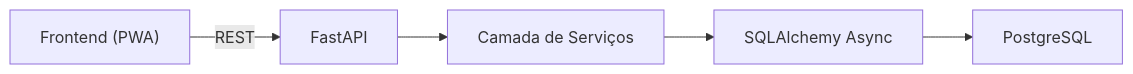
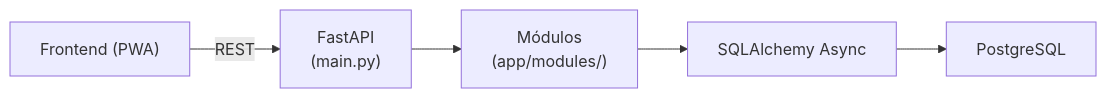
The diagram in backend/README.md (ricardorodrigues-60hz/lista-telefonica-hcfmb), drawn with Mermaid before and after one commit. The commit also changed other lines of this file, not shown here.

````diff
--- a/backend/README.md
+++ b/backend/README.md
@@ -38,21 +38,21 @@
 ```mermaid
 flowchart LR
 
 A["Frontend (PWA)"]
 
-B["FastAPI"]
+B["FastAPI\n(main.py)"]
 
-C["Camada de Serviços"]
+C["Módulos\n(app/modules/)"]
 
 D["SQLAlchemy Async"]
 
 E["PostgreSQL"]
 
 A -->|REST| B
 
 B --> C
 
 C --> D
 
 D --> E
 ```
````
